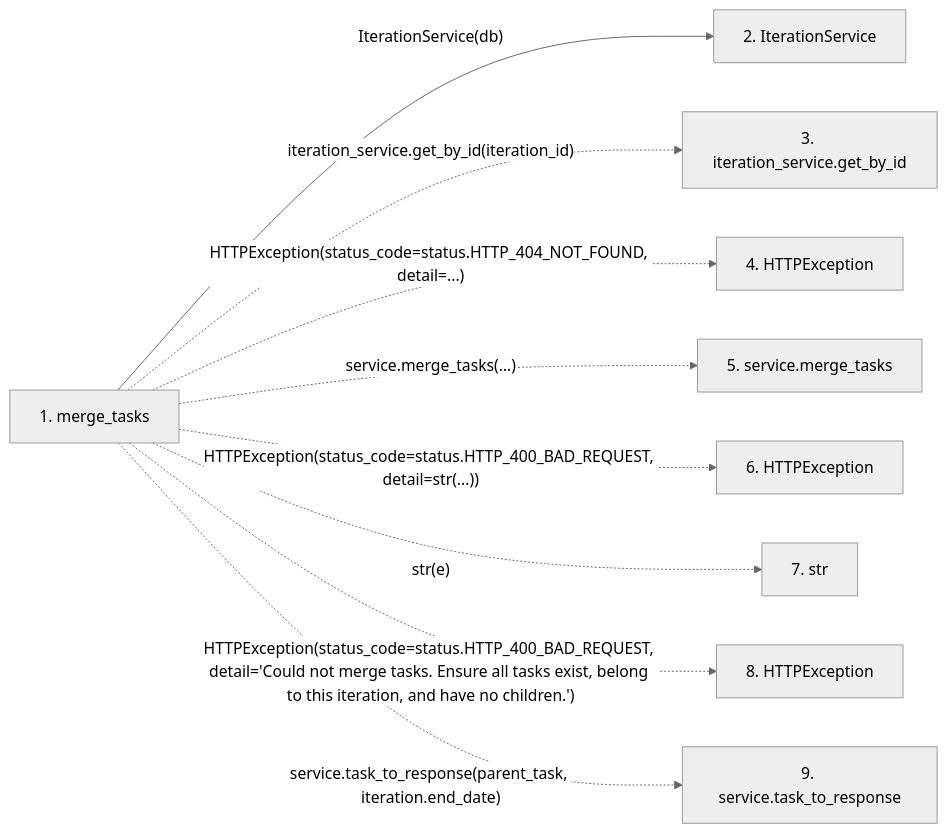
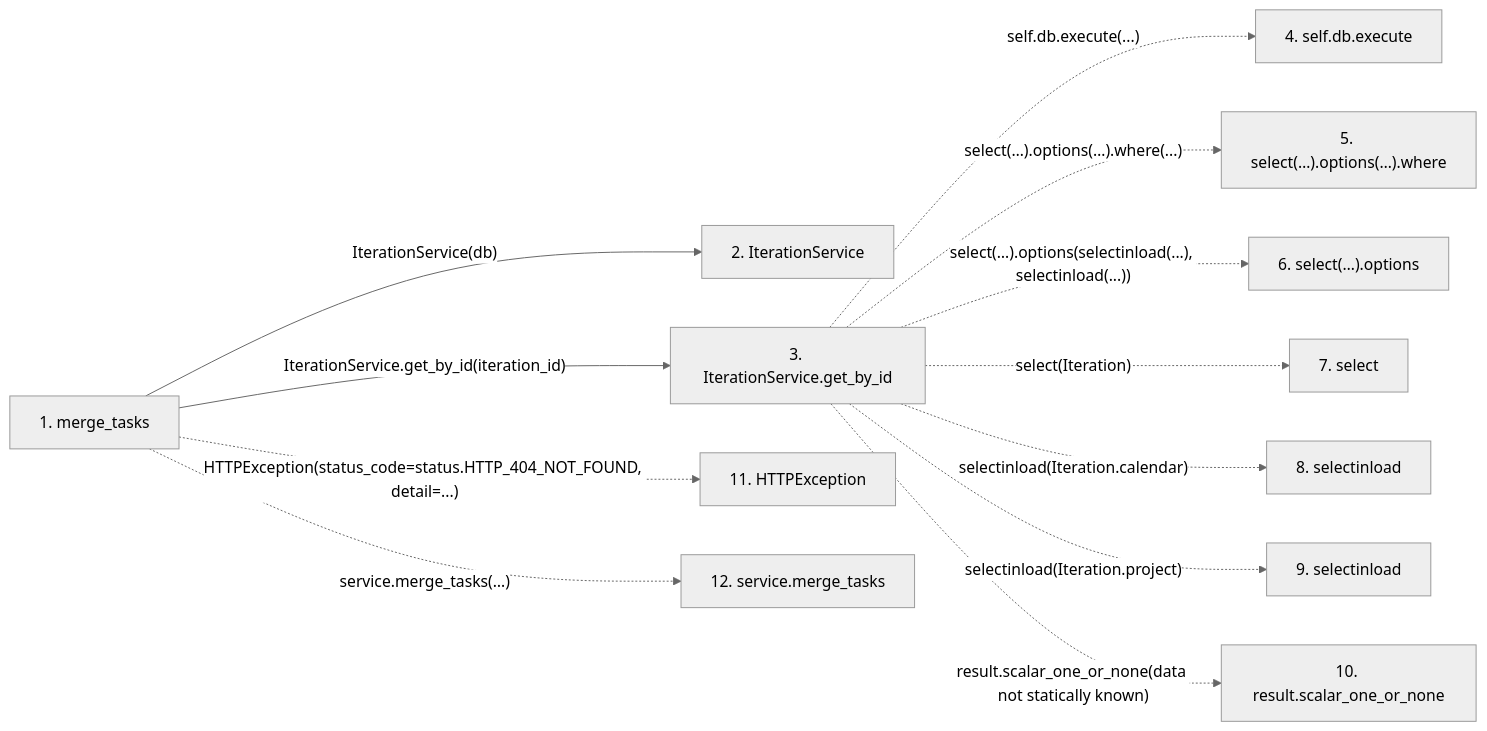
The second of 2 diagrams in docs/llm_wiki/flows/http-merge_tasks.md (Denissvgn/WorkChord), drawn with Mermaid (neutral theme) before and after one commit. The commit also changed other lines of this file and 25171 other files, not shown here.

````diff
--- a/docs/llm_wiki/flows/http-merge_tasks.md
+++ b/docs/llm_wiki/flows/http-merge_tasks.md
@@ -32,22 +79,29 @@
 ```mermaid
 flowchart LR
     s1["1. merge_tasks"]
     s2["2. IterationService"]
-    s3["3. iteration_service.get_by_id"]
-    s4["4. HTTPException"]
-    s5["5. service.merge_tasks"]
-    s6["6. HTTPException"]
-    s7["7. str"]
-    s8["8. HTTPException"]
-    s9["9. service.task_to_response"]
+    s3["3. IterationService.get_by_id"]
+    s4["4. self.db.execute"]
+    s5["5. select(…).options(…).where"]
+    s6["6. select(…).options"]
+    s7["7. select"]
+    s8["8. selectinload"]
+    s9["9. selectinload"]
+    s10["10. result.scalar_one_or_none"]
+    s11["11. HTTPException"]
+    s12["12. service.merge_tasks"]
     s1 -->|"IterationService(db)"| s2
-    s1 -. "iteration_service.get_by_id(iteration_id)" .-> s3
-    s1 -. "HTTPException(status_code=status.HTTP_404_NOT_FOUND, detail=...)" .-> s4
-    s1 -. "service.merge_tasks(…)" .-> s5
-    s1 -. "HTTPException(status_code=status.HTTP_400_BAD_REQUEST, detail=str(...))" .-> s6
-    s1 -. "str(e)" .-> s7
-    s1 -. "HTTPException(status_code=status.HTTP_400_BAD_REQUEST, detail='Could not merge tasks. Ensure all tasks exist, belong to this iteration, and have no children.')" .-> s8
-    s1 -. "service.task_to_response(parent_task, iteration.end_date)" .-> s9
+    s1 -->|"IterationService.get_by_id(iteration_id)"| s3
+    s3 -. "self.db.execute(...)" .-> s4
+    s3 -. "select(…).options(…).where(...)" .-> s5
+    s3 -. "select(…).options(selectinload(...), selectinload(...))" .-> s6
+    s3 -. "select(Iteration)" .-> s7
+    s3 -. "selectinload(Iteration.calendar)" .-> s8
+    s3 -. "selectinload(Iteration.project)" .-> s9
+    s3 -. "result.scalar_one_or_none(data not statically known)" .-> s10
+    s1 -. "HTTPException(status_code=status.HTTP_404_NOT_FOUND, detail=...)" .-> s11
+    s1 -. "service.merge_tasks(…)" .-> s12
     click s1 "../modules/tasks.md"
     click s2 "../modules/iteration_service.md"
+    click s3 "../modules/iteration_service.md"
 ```
````
